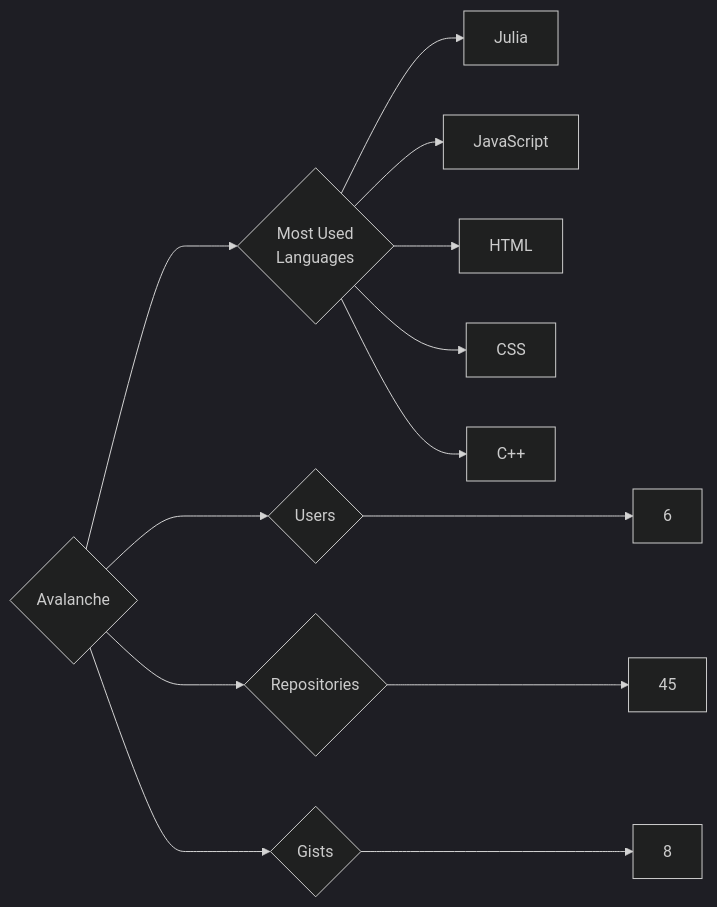
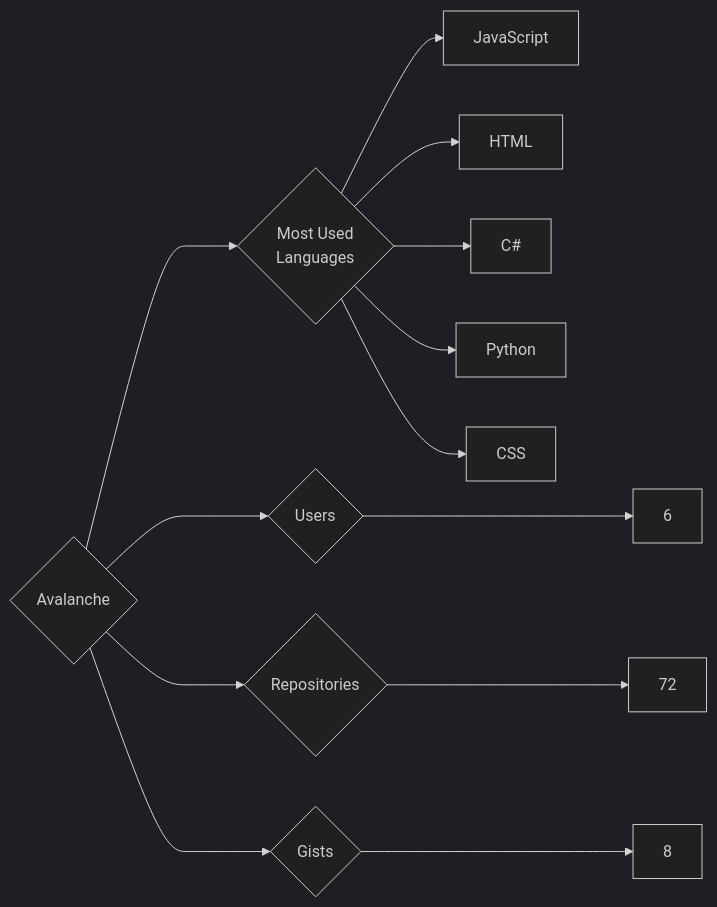
One commit to trickest/insiders changed the diagram in targets/Avalanche/README.md. Above: the diagram before and after it, drawn with Mermaid (dark theme). The commit also changed 942 other files, not shown here.

````diff
--- a/targets/Avalanche/README.md
+++ b/targets/Avalanche/README.md
@@ -3,13 +3,13 @@
 ```mermaid
 graph LR
 COMPANY_NAME{Avalanche}
 COMPANY_NAME ---> U{Users} ---> UN[6]
-COMPANY_NAME ---> R{Repositories} ---> RN[45]
+COMPANY_NAME ---> R{Repositories} ---> RN[72]
 COMPANY_NAME ---> G{Gists} ---> GN[8]
 COMPANY_NAME ---> ML{Most Used<br>Languages}
-ML --> Julia[Julia]
 ML --> JavaScript[JavaScript]
 ML --> HTML[HTML]
+ML --> C#[C#]
+ML --> Python[Python]
 ML --> CSS[CSS]
-ML --> C++[C++]
 ```
````
